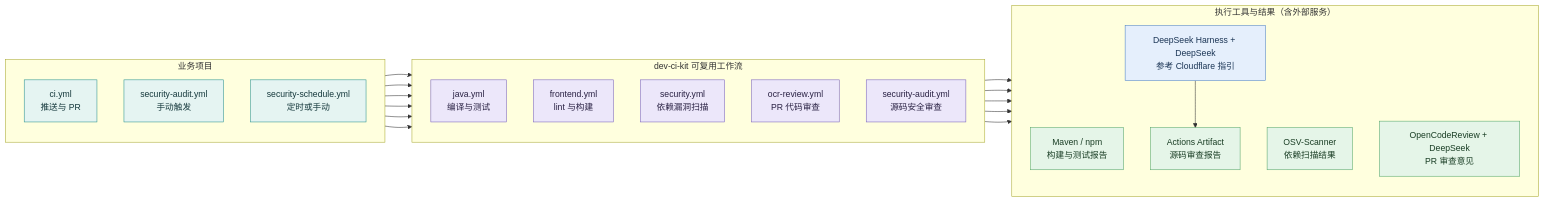
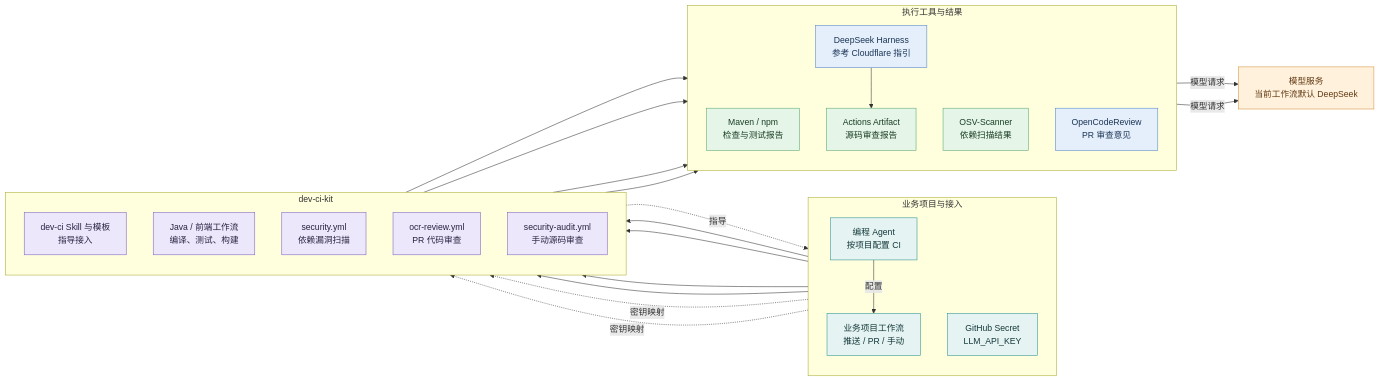
The diagram in docs/assets/ci-architecture.mmd (LntanoC/dev-ci-kit), drawn with Mermaid before and after one commit. The commit also changed 14 other files, not shown here.

```diff
--- a/docs/assets/ci-architecture.mmd
+++ b/docs/assets/ci-architecture.mmd
@@ -1,38 +1,44 @@
 flowchart LR
-  subgraph consumer[业务项目]
+  subgraph setup[业务项目与接入]
     direction TB
-    ci[ci.yml<br/>推送与 PR]
-    manual[security-audit.yml<br/>手动触发]
-    sched[security-schedule.yml<br/>定时或手动]
+    helper[编程 Agent<br/>按项目配置 CI]
+    ci[业务项目工作流<br/>推送 / PR / 手动]
+    secret[GitHub Secret<br/>LLM_API_KEY]
   end
-  subgraph kit[dev-ci-kit 可复用工作流]
+  subgraph kit[dev-ci-kit]
     direction TB
-    java[java.yml<br/>编译与测试]
-    front[frontend.yml<br/>lint 与构建]
+    guide[dev-ci Skill 与模板<br/>指导接入]
+    java[Java / 前端工作流<br/>编译、测试、构建]
     osv[security.yml<br/>依赖漏洞扫描]
     ocr[ocr-review.yml<br/>PR 代码审查]
-    audit[security-audit.yml<br/>源码安全审查]
+    audit[security-audit.yml<br/>手动源码审查]
   end
-  subgraph runtime[执行工具与结果（含外部服务）]
+  subgraph execution[执行工具与结果]
     direction TB
-    build[Maven / npm<br/>构建与测试报告]
+    build[Maven / npm<br/>检查与测试报告]
     scan[OSV-Scanner<br/>依赖扫描结果]
-    review[OpenCodeReview + DeepSeek<br/>PR 审查意见]
-    agent[DeepSeek Harness + DeepSeek<br/>参考 Cloudflare 指引]
+    review[OpenCodeReview<br/>PR 审查意见]
+    agent[DeepSeek Harness<br/>参考 Cloudflare 指引]
     report[Actions Artifact<br/>源码审查报告]
   end
-  ci --> java & front & osv & ocr
-  sched --> osv
-  manual --> audit
-  java & front --> build
+  model[模型服务<br/>当前工作流默认 DeepSeek]
+  guide -.指导.-> helper
+  helper -->|配置| ci
+  ci --> java & osv & ocr & audit
+  secret -.密钥映射.-> ocr & audit
+  java --> build
   osv --> scan
   ocr --> review
   audit --> agent --> report
+  review -->|模型请求| model
+  agent -->|模型请求| model
   classDef source fill:#e5f4f2,stroke:#29918e,color:#15383c;
   classDef workflow fill:#ece7fa,stroke:#7962bc,color:#292143;
   classDef tool fill:#e5effc,stroke:#4e82c4,color:#1b3555;
   classDef outcome fill:#e5f5e8,stroke:#55a66b,color:#193d24;
-  class ci,manual,sched source;
-  class java,front,osv,ocr,audit workflow;
-  class agent tool;
-  class build,scan,review,report outcome;
+  classDef external fill:#fff1dc,stroke:#d7923d,color:#603a13;
+  class helper,ci,secret source;
+  class guide,java,osv,ocr,audit workflow;
+  class agent,review tool;
+  class build,scan,report outcome;
+  class model external;
```
